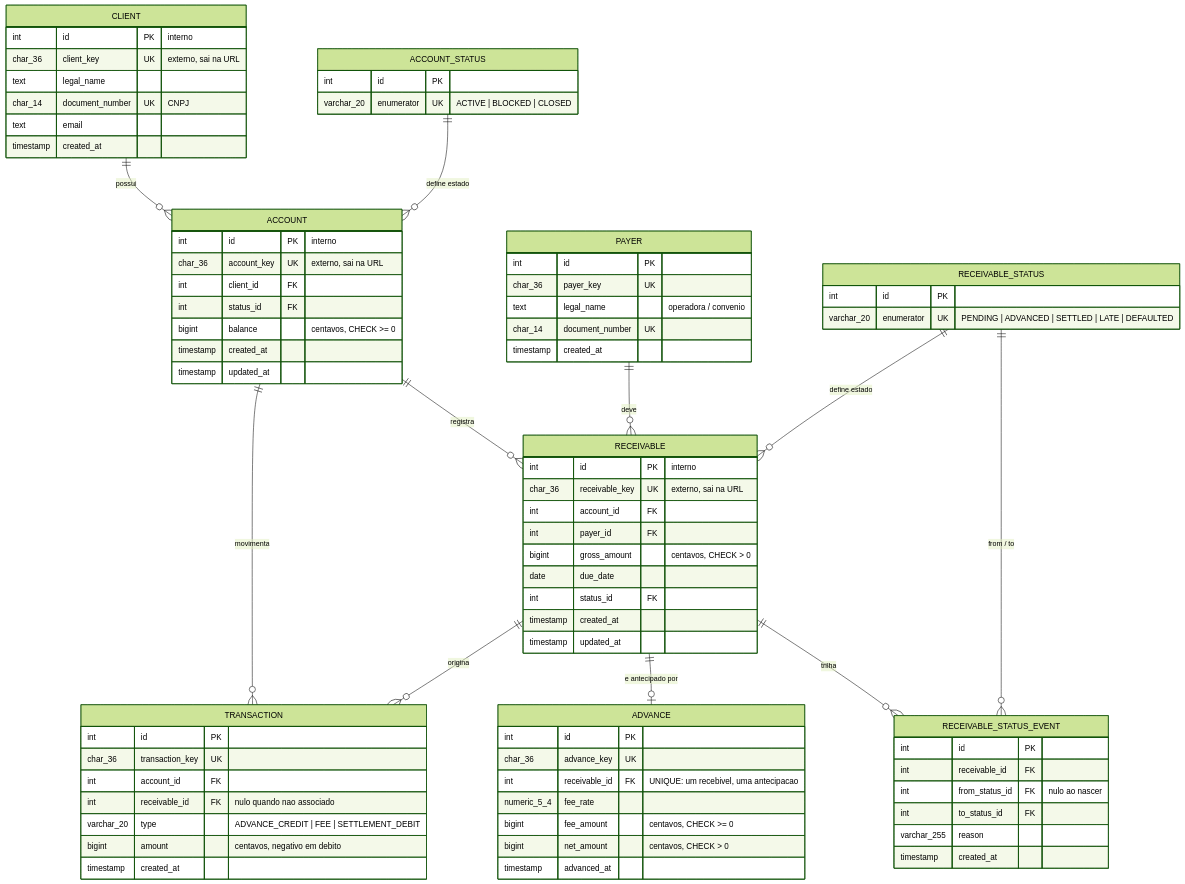
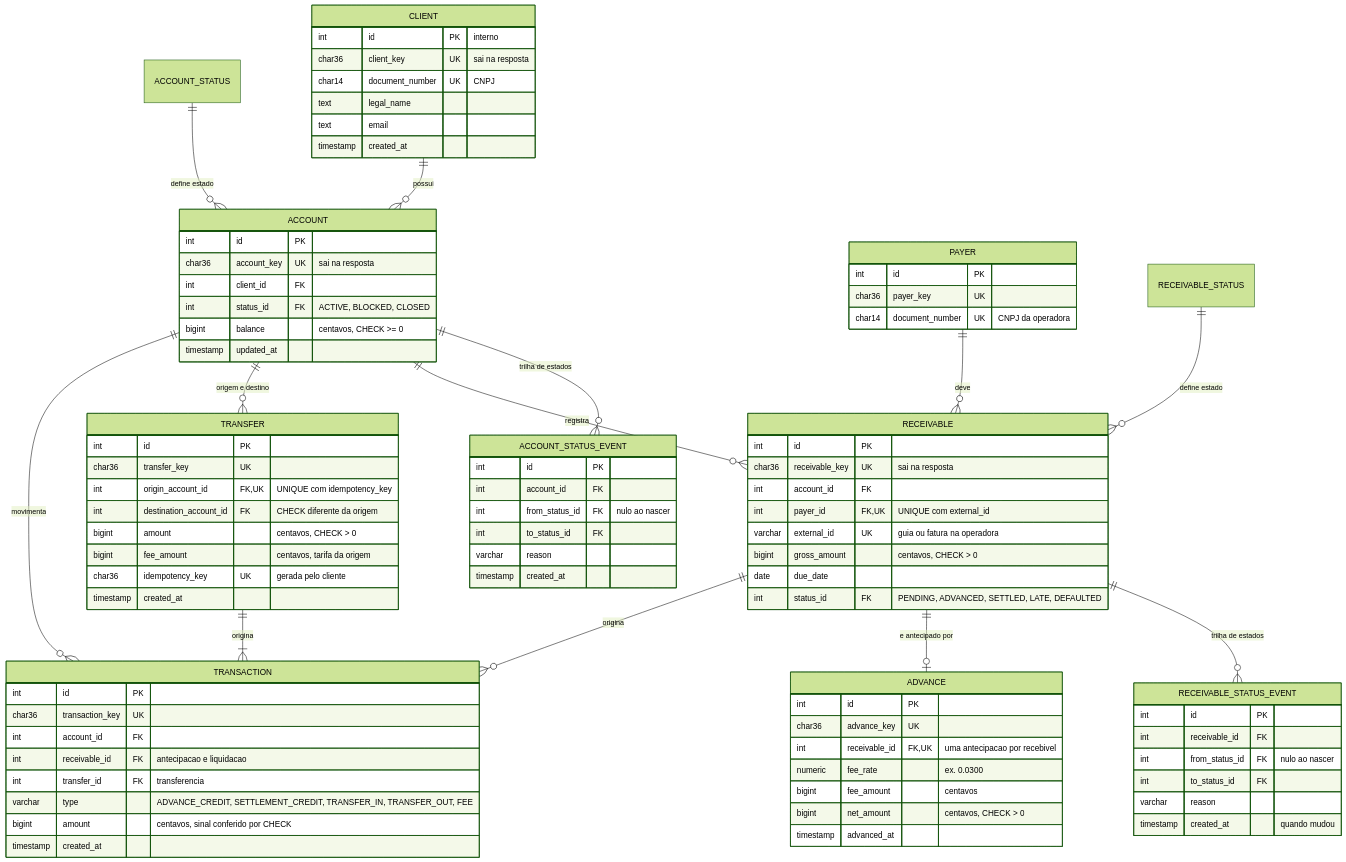
One commit to eduardo3071/QI-Tech-Project changed the diagram in database/er_diagram.mmd. Above: the diagram before and after it, drawn with Mermaid (forest theme). The commit also changed 49 other files, not shown here.

First line of the commit message:
Fecha as lacunas da RFC: transferencia com tarifa, guia unica, testes caixa-preta

```diff
--- a/database/er_diagram.mmd
+++ b/database/er_diagram.mmd
@@ -1,89 +1,90 @@
 erDiagram
     CLIENT ||--o{ ACCOUNT : "possui"
     ACCOUNT_STATUS ||--o{ ACCOUNT : "define estado"
+    ACCOUNT ||--o{ ACCOUNT_STATUS_EVENT : "trilha de estados"
     ACCOUNT ||--o{ RECEIVABLE : "registra"
     PAYER ||--o{ RECEIVABLE : "deve"
     RECEIVABLE_STATUS ||--o{ RECEIVABLE : "define estado"
-    RECEIVABLE ||--o{ RECEIVABLE_STATUS_EVENT : "trilha"
-    RECEIVABLE_STATUS ||--o{ RECEIVABLE_STATUS_EVENT : "from / to"
+    RECEIVABLE ||--o{ RECEIVABLE_STATUS_EVENT : "trilha de estados"
     RECEIVABLE ||--o| ADVANCE : "e antecipado por"
+    ACCOUNT ||--o{ TRANSFER : "origem e destino"
     ACCOUNT ||--o{ TRANSACTION : "movimenta"
     RECEIVABLE ||--o{ TRANSACTION : "origina"
+    TRANSFER ||--|{ TRANSACTION : "origina"
 
     CLIENT {
         int id PK "interno"
-        char_36 client_key UK "externo, sai na URL"
+        char36 client_key UK "sai na resposta"
+        char14 document_number UK "CNPJ"
         text legal_name
-        char_14 document_number UK "CNPJ"
         text email
         timestamp created_at
     }
-
-    ACCOUNT_STATUS {
+    ACCOUNT {
         int id PK
-        varchar_20 enumerator UK "ACTIVE | BLOCKED | CLOSED"
-    }
-
-    ACCOUNT {
-        int id PK "interno"
-        char_36 account_key UK "externo, sai na URL"
+        char36 account_key UK "sai na resposta"
         int client_id FK
-        int status_id FK
+        int status_id FK "ACTIVE, BLOCKED, CLOSED"
         bigint balance "centavos, CHECK >= 0"
-        timestamp created_at
         timestamp updated_at
     }
-
+    ACCOUNT_STATUS_EVENT {
+        int id PK
+        int account_id FK
+        int from_status_id FK "nulo ao nascer"
+        int to_status_id FK
+        varchar reason
+        timestamp created_at
+    }
     PAYER {
         int id PK
-        char_36 payer_key UK
-        text legal_name "operadora / convenio"
-        char_14 document_number UK
-        timestamp created_at
+        char36 payer_key UK
+        char14 document_number UK "CNPJ da operadora"
     }
-
-    RECEIVABLE_STATUS {
+    RECEIVABLE {
         int id PK
-        varchar_20 enumerator UK "PENDING | ADVANCED | SETTLED | LATE | DEFAULTED"
-    }
-
-    RECEIVABLE {
-        int id PK "interno"
-        char_36 receivable_key UK "externo, sai na URL"
+        char36 receivable_key UK "sai na resposta"
         int account_id FK
-        int payer_id FK
+        int payer_id FK,UK "UNIQUE com external_id"
+        varchar external_id UK "guia ou fatura na operadora"
         bigint gross_amount "centavos, CHECK > 0"
         date due_date
-        int status_id FK
-        timestamp created_at
-        timestamp updated_at
+        int status_id FK "PENDING, ADVANCED, SETTLED, LATE, DEFAULTED"
     }
-
     RECEIVABLE_STATUS_EVENT {
         int id PK
         int receivable_id FK
         int from_status_id FK "nulo ao nascer"
         int to_status_id FK
-        varchar_255 reason
-        timestamp created_at
+        varchar reason
+        timestamp created_at "quando mudou"
     }
-
     ADVANCE {
         int id PK
-        char_36 advance_key UK
-        int receivable_id FK "UNIQUE: um recebivel, uma antecipacao"
-        numeric_5_4 fee_rate
-        bigint fee_amount "centavos, CHECK >= 0"
+        char36 advance_key UK
+        int receivable_id FK,UK "uma antecipacao por recebivel"
+        numeric fee_rate "ex. 0.0300"
+        bigint fee_amount "centavos"
         bigint net_amount "centavos, CHECK > 0"
         timestamp advanced_at
     }
-
+    TRANSFER {
+        int id PK
+        char36 transfer_key UK
+        int origin_account_id FK,UK "UNIQUE com idempotency_key"
+        int destination_account_id FK "CHECK diferente da origem"
+        bigint amount "centavos, CHECK > 0"
+        bigint fee_amount "centavos, tarifa da origem"
+        char36 idempotency_key UK "gerada pelo cliente"
+        timestamp created_at
+    }
     TRANSACTION {
         int id PK
-        char_36 transaction_key UK
+        char36 transaction_key UK
         int account_id FK
-        int receivable_id FK "nulo quando nao associado"
-        varchar_20 type "ADVANCE_CREDIT | FEE | SETTLEMENT_DEBIT"
-        bigint amount "centavos, negativo em debito"
+        int receivable_id FK "antecipacao e liquidacao"
+        int transfer_id FK "transferencia"
+        varchar type "ADVANCE_CREDIT, SETTLEMENT_CREDIT, TRANSFER_IN, TRANSFER_OUT, FEE"
+        bigint amount "centavos, sinal conferido por CHECK"
         timestamp created_at
     }
```
